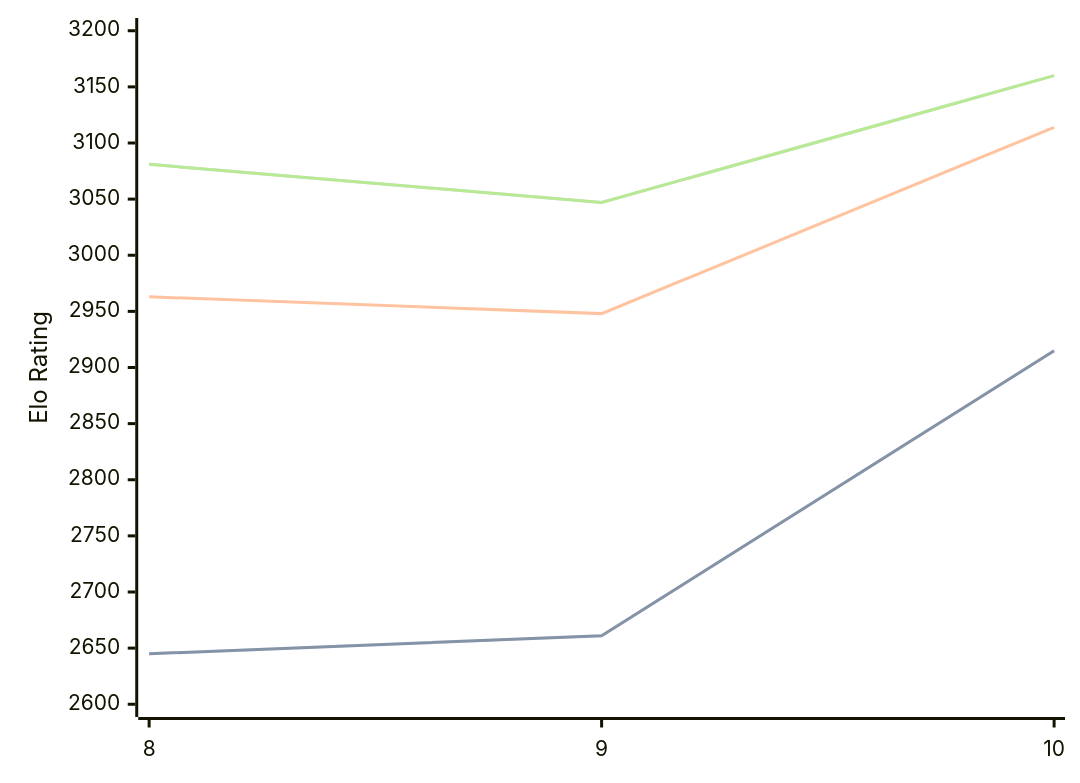
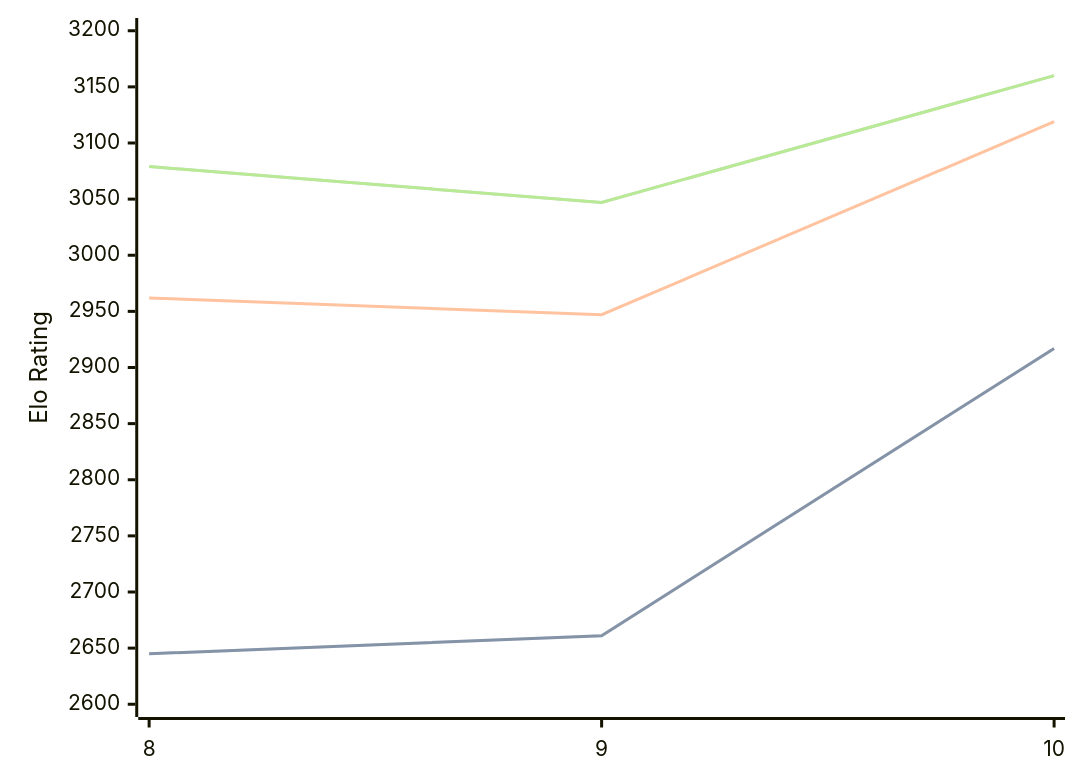
The diagram in engines/Lozza.md (computer-chess-index/cci), drawn with Mermaid before and after one commit. The commit also changed other lines of this file, not shown here.

Commit message:
Update CCI Ratings (ELO VLTC) - 2026-02-28

````diff
--- a/engines/Lozza.md
+++ b/engines/Lozza.md
@@ -39,11 +39,11 @@
 ```mermaid
 %%{init: {"theme":"base","themeVariables":{"seriesColors:['#a3a3a3','#222221','#faa371']}}}%%
 xychart-beta
   x-axis ["8", "9", "10"]
   y-axis "Elo Rating" 2600 --> 3200
-  line "STC (8.0+0.08s)" [2645, 2661, 2915]
-  line "STC (8.0+0.08s)" [2645, 2661, 2915]
-  line "LTC (60.0+0.60s)" [2963, 2948, 3114]
-  line "VLTC (2m24s+1.12s)" [3081, 3047, 3160]
-  line "VLTC (2m24s+1.12s)" [3081, 3047, 3160]
+  line "STC (8.0+0.08s)" [2645, 2661, 2917]
+  line "STC (8.0+0.08s)" [2645, 2661, 2917]
+  line "LTC (60.0+0.60s)" [2962, 2947, 3119]
+  line "VLTC (2m24s+1.12s)" [3079, 3047, 3160]
+  line "VLTC (2m24s+1.12s)" [3079, 3047, 3160]
 ```
````
